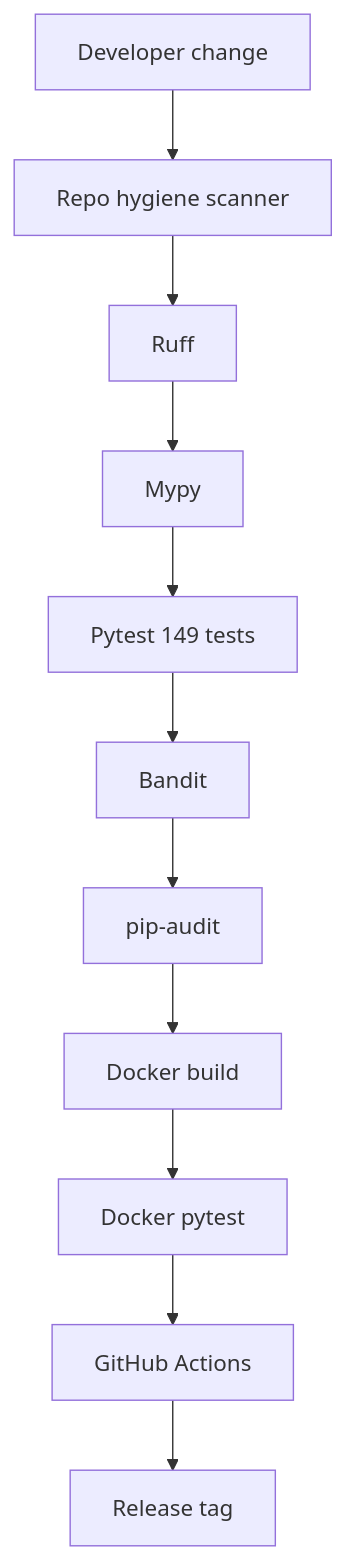
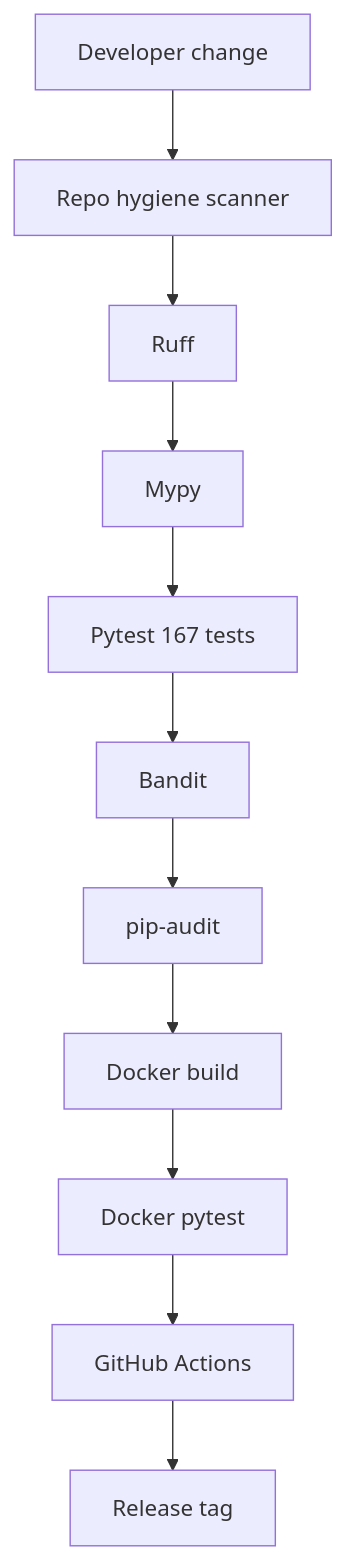
One commit to codethor0/llm-agent-control-plane-lab changed the fourth of 4 diagrams in README.md. Above: the diagram before and after it, drawn with Mermaid. The commit also changed other lines of this file and 10 other files, not shown here.

````diff
--- a/README.md
+++ b/README.md
@@ -174,16 +174,16 @@
 ```mermaid
 flowchart TD
   ch[Developer change]
   rh[Repo hygiene scanner]
   rf[Ruff]
   my[Mypy]
-  py[Pytest 149 tests]
+  py[Pytest 167 tests]
   bd[Bandit]
   pa[pip-audit]
   dk[Docker build]
   dt[Docker pytest]
   ga[GitHub Actions]
   rel[Release tag]
 
   ch --> rh --> rf --> my --> py --> bd --> pa --> dk --> dt --> ga --> rel
 ```
````
